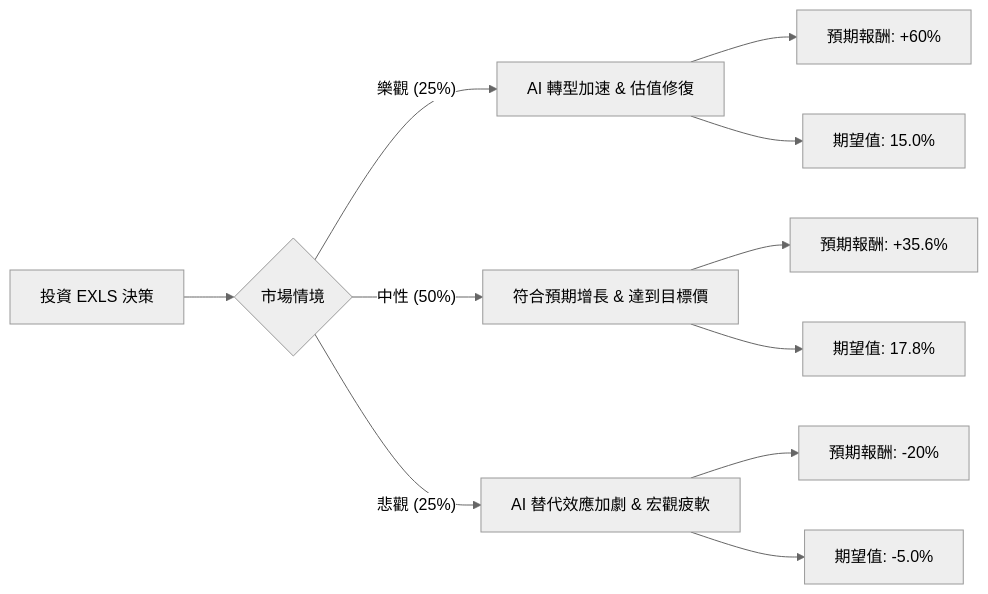
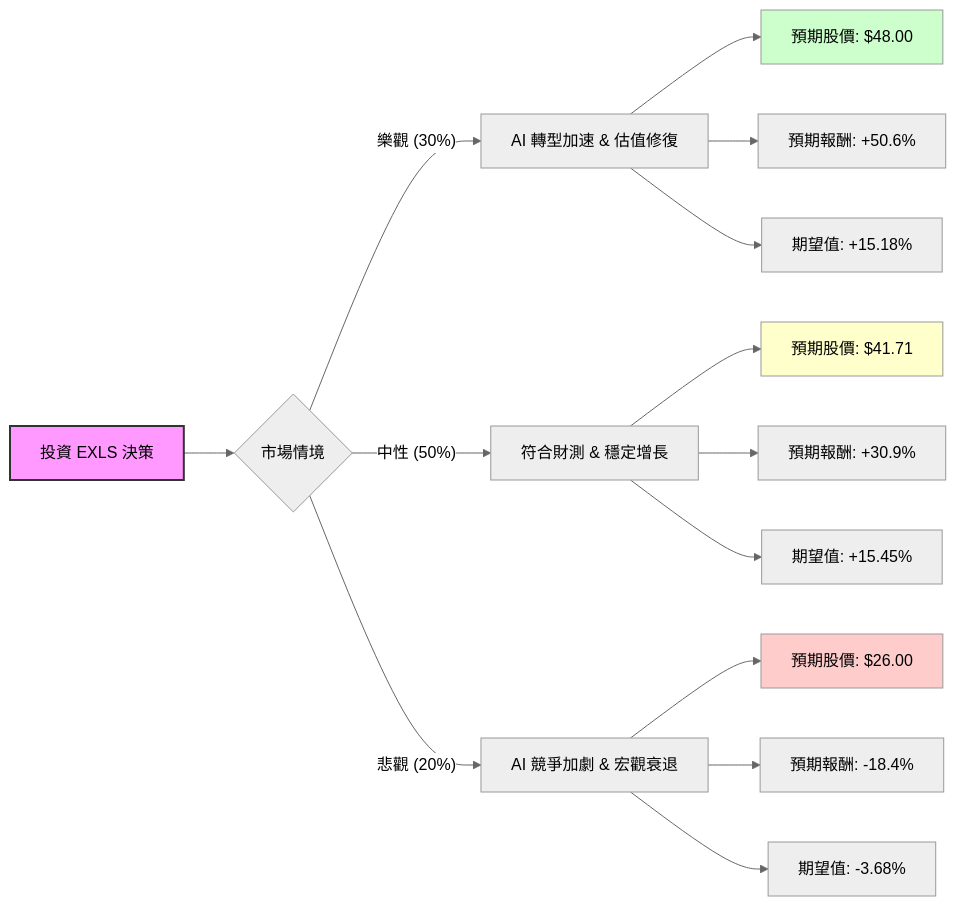
The diagram in plugin-react/ai-analysis/ev-analysis/EXLS.md (zmcx16/zmcx16.github.io), drawn with Mermaid (neutral theme) before and after one commit. The commit also changed other lines of this file and 50 other files, not shown here.

````diff
--- a/plugin-react/ai-analysis/ev-analysis/EXLS.md
+++ b/plugin-react/ai-analysis/ev-analysis/EXLS.md
@@ -19,16 +20,24 @@
 ```mermaid
 graph LR
     A[投資 EXLS 決策] --> B{市場情境}
     
-    B -- 樂觀 (25%) --> C[AI 轉型加速 & 估值修復]
-    C --> C1[預期報酬: +60%]
-    C --> C2[期望值: 15.0%]
+    B -- 樂觀 (30%) --> C[AI 轉型加速 & 估值修復]
+    C --> C1[預期股價: $48.00]
+    C --> C2[預期報酬: +50.6%]
+    C --> C3[期望值: +15.18%]
 
-    B -- 中性 (50%) --> D[符合預期增長 & 達到目標價]
-    D --> D1[預期報酬: +35.6%]
-    D --> D2[期望值: 17.8%]
+    B -- 中性 (50%) --> D[符合財測 & 穩定增長]
+    D --> D1[預期股價: $41.71]
+    D --> D2[預期報酬: +30.9%]
+    D --> D3[期望值: +15.45%]
 
-    B -- 悲觀 (25%) --> E[AI 替代效應加劇 & 宏觀疲軟]
-    E --> E1[預期報酬: -20%]
-    E --> E2[期望值: -5.0%]
+    B -- 悲觀 (20%) --> E[AI 競爭加劇 & 宏觀衰退]
+    E --> E1[預期股價: $26.00]
+    E --> E2[預期報酬: -18.4%]
+    E --> E3[期望值: -3.68%]
+
+    style A fill:#f9f,stroke:#333,stroke-width:2px
+    style C1 fill:#ccffcc
+    style D1 fill:#ffffcc
+    style E1 fill:#ffcccc
 ```
````
